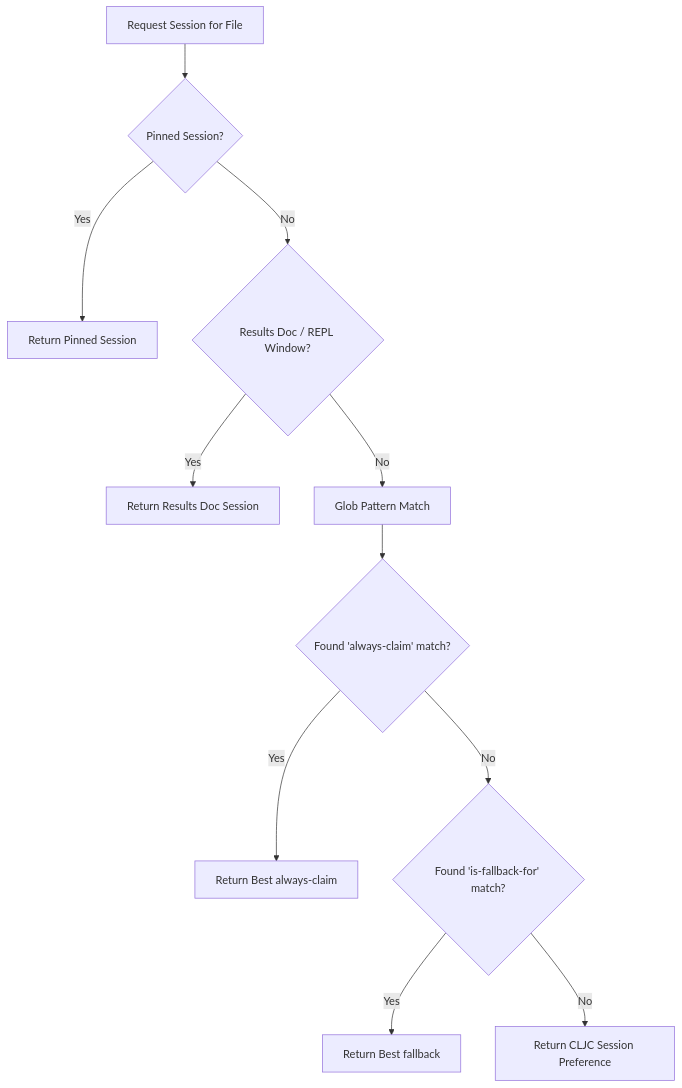
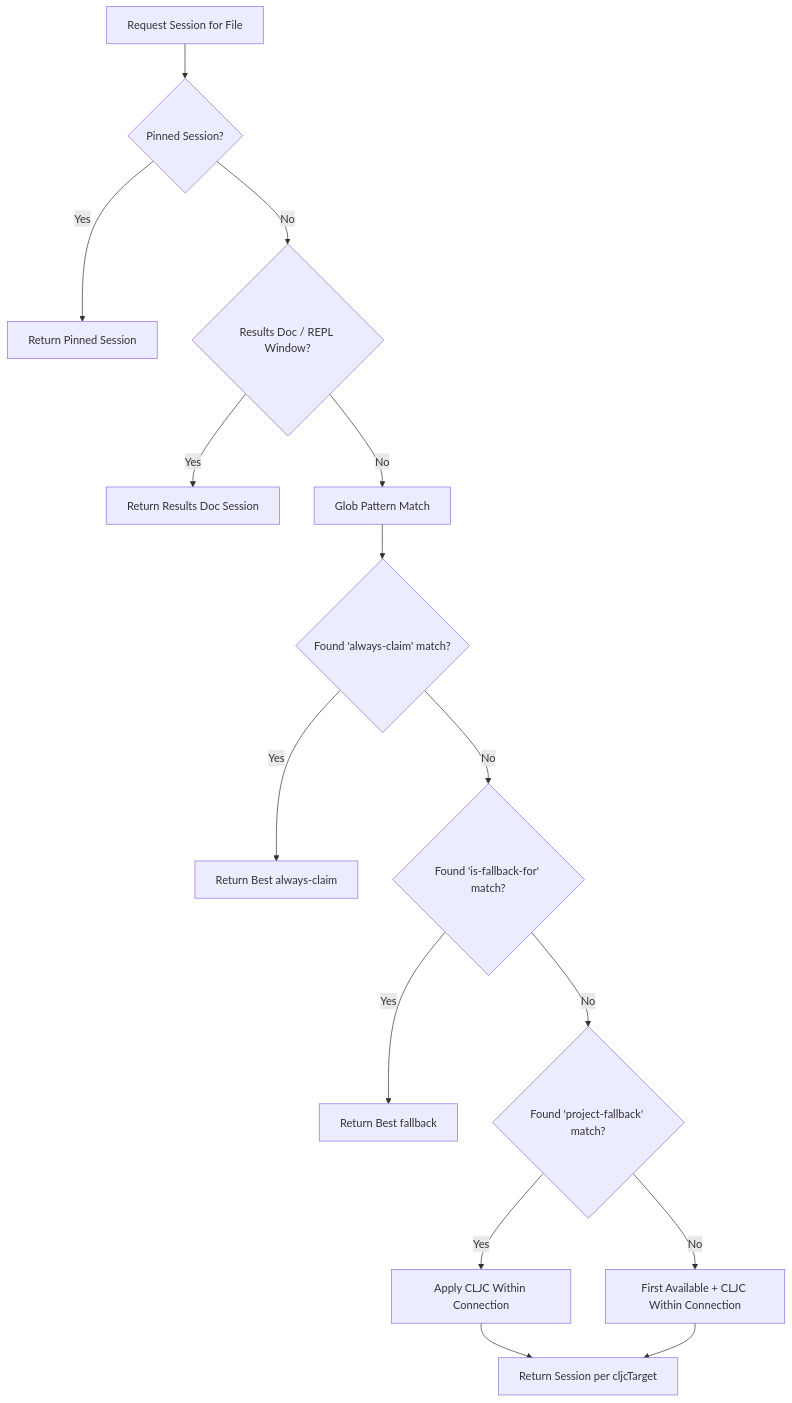
One commit to BetterThanTomorrow/calva changed the fifth of 7 diagrams in dev/docs/multi-session-architecture.md. Above: the diagram before and after it, drawn with Mermaid. The commit also changed other lines of this file, not shown here.

Commit message:
Update architecture description

````diff
--- a/dev/docs/multi-session-architecture.md
+++ b/dev/docs/multi-session-architecture.md
@@ -905,13 +909,17 @@
 ```mermaid
 flowchart TD
     A[Request Session for File] --> B{Pinned Session?}
     B -- Yes --> C[Return Pinned Session]
     B -- No --> D{Results Doc / REPL Window?}
     D -- Yes --> E[Return Results Doc Session]
     D -- No --> F[Glob Pattern Match]
     F --> G{Found 'always-claim' match?}
     G -- Yes --> H[Return Best always-claim]
     G -- No --> I{Found 'is-fallback-for' match?}
     I -- Yes --> J[Return Best fallback]
-    I -- No --> K[Return CLJC Session Preference]
+    I -- No --> K{Found 'project-fallback' match?}
+    K -- Yes --> L[Apply CLJC Within Connection]
+    K -- No --> M[First Available + CLJC Within Connection]
+    L --> N[Return Session per cljcTarget]
+    M --> N
 ```
````
